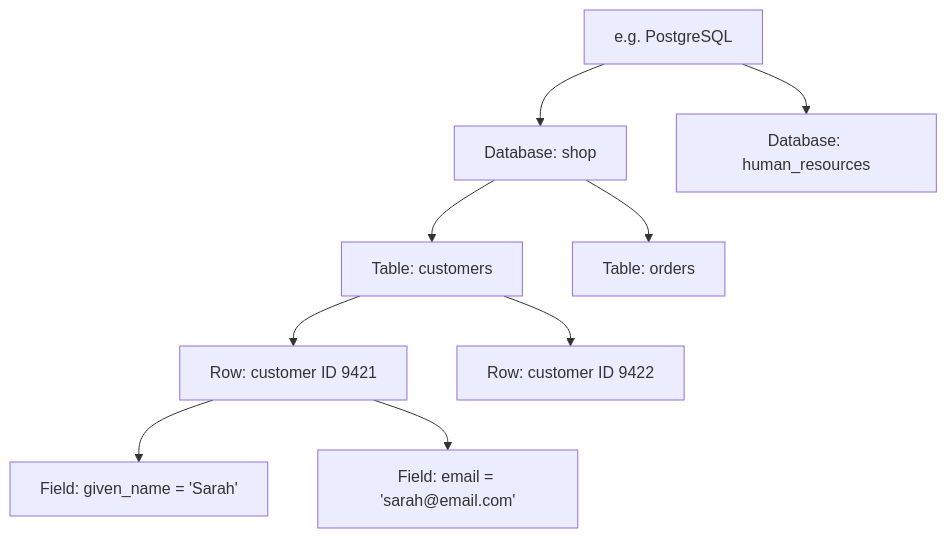
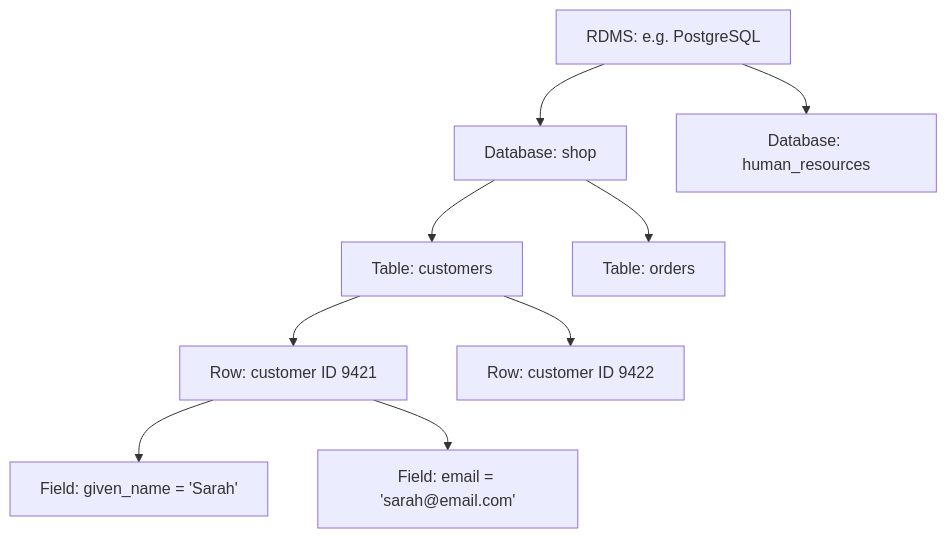
One commit to mmantle-hud/githubpages changed the diagram in module_1_intro_to_the_module_and_sql/1.1_introduction_to_relational_databases/1.1.2_basic_relational_database_concepts.md. Above: the diagram before and after it, drawn with Mermaid.

Commit message:
Updated concepts

```diff
--- a/module_1_intro_to_the_module_and_sql/1.1_introduction_to_relational_databases/1.1.2_basic_relational_database_concepts.md
+++ b/module_1_intro_to_the_module_and_sql/1.1_introduction_to_relational_databases/1.1.2_basic_relational_database_concepts.md
@@ -54,32 +54,32 @@
 <pre class="mermaid">
 graph TD
     accTitle: Hierarchical diagram showing the relationship between the parts of a RDBMS.
     accDescr: Hierarchical diagram showing the relationship between an RDBMS, databases, tables, rows and fields.
     %% Define the Hierarchy
-    RDBMS[e.g. PostgreSQL]
+    RDBMS[RDMS: e.g. PostgreSQL]
     
     DB1[Database: shop]
     DB2[Database: human_resources]
     
     T1[Table: customers]
     T2[Table: orders]
     
     R1[Row: customer ID 9421]
     R2[Row: customer ID 9422]
     
     F1[Field: given_name = 'Sarah']
     F2[Field: email = 'sarah@email.com']
 
     %% Define the Connections
     RDBMS --> DB1
     RDBMS --> DB2
     
     DB1 --> T1
     DB1 --> T2
     
     T1 --> R1
     T1 --> R2
     
     R1 --> F1
     R1 --> F2
 </pre>
```
